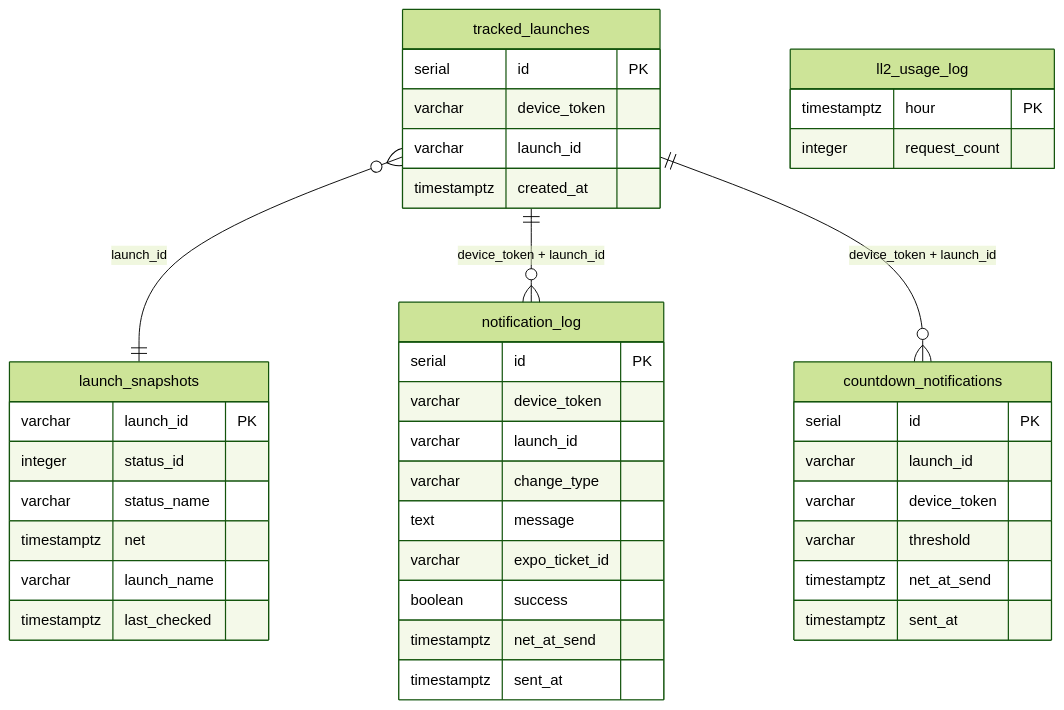
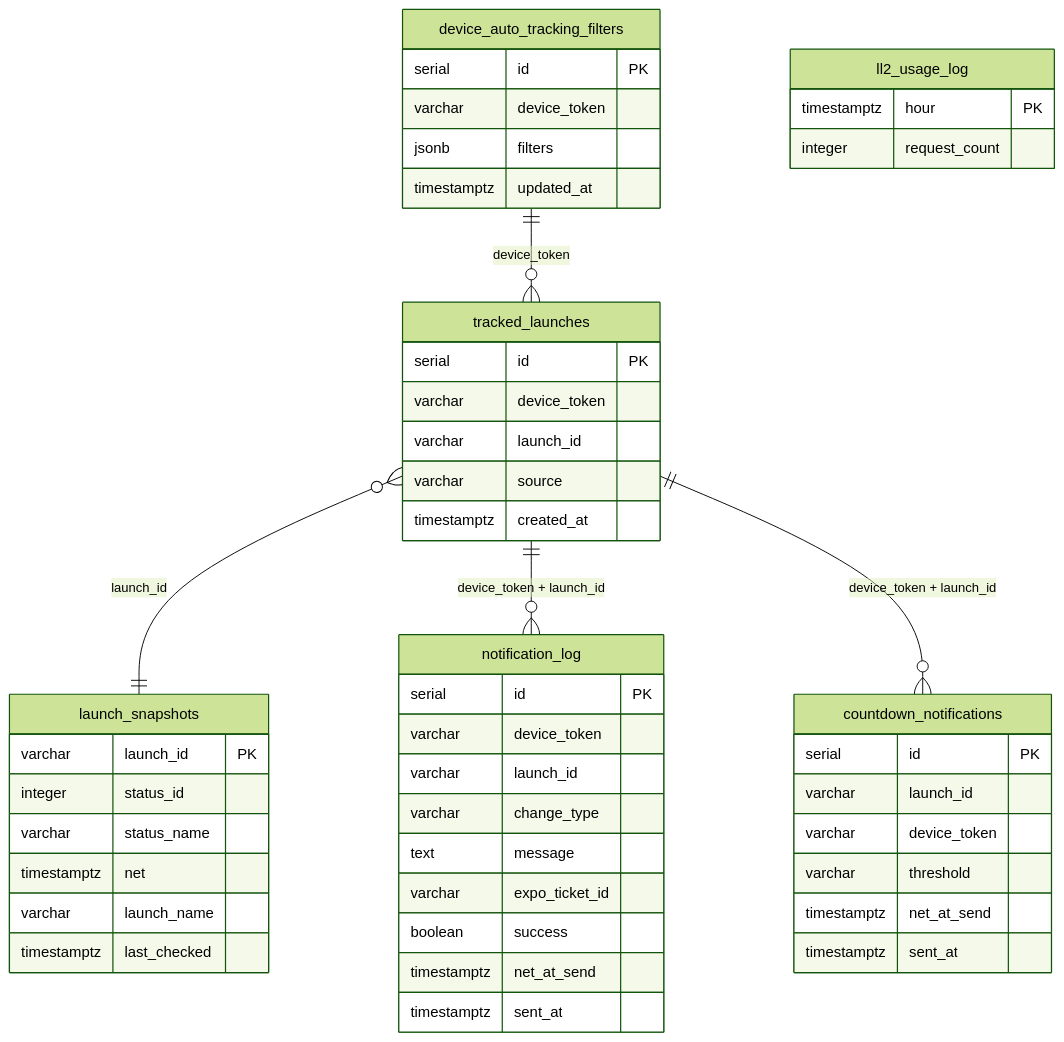
The seventh of 7 diagrams in README.md (jamus/orbitq-api-docs), drawn with Mermaid (forest theme) before and after one commit. The commit also changed other lines of this file, not shown here.

Commit message:
Added Auto-Tracking info

````diff
--- a/README.md
+++ b/README.md
@@ -239,48 +294,57 @@
 ```mermaid
 erDiagram
     tracked_launches {
         serial id PK
         varchar device_token
         varchar launch_id
+        varchar source
         timestamptz created_at
+    }
+
+    device_auto_tracking_filters {
+        serial id PK
+        varchar device_token
+        jsonb filters
+        timestamptz updated_at
     }
 
     launch_snapshots {
         varchar launch_id PK
         integer status_id
         varchar status_name
         timestamptz net
         varchar launch_name
         timestamptz last_checked
     }
 
     notification_log {
         serial id PK
         varchar device_token
         varchar launch_id
         varchar change_type
         text message
         varchar expo_ticket_id
         boolean success
         timestamptz net_at_send
         timestamptz sent_at
     }
 
     countdown_notifications {
         serial id PK
         varchar launch_id
         varchar device_token
         varchar threshold
         timestamptz net_at_send
         timestamptz sent_at
     }
 
     ll2_usage_log {
         timestamptz hour PK
         integer request_count
     }
 
     tracked_launches }o--|| launch_snapshots : "launch_id"
     tracked_launches ||--o{ notification_log : "device_token + launch_id"
     tracked_launches ||--o{ countdown_notifications : "device_token + launch_id"
+    device_auto_tracking_filters ||--o{ tracked_launches : "device_token"
 ```
````
